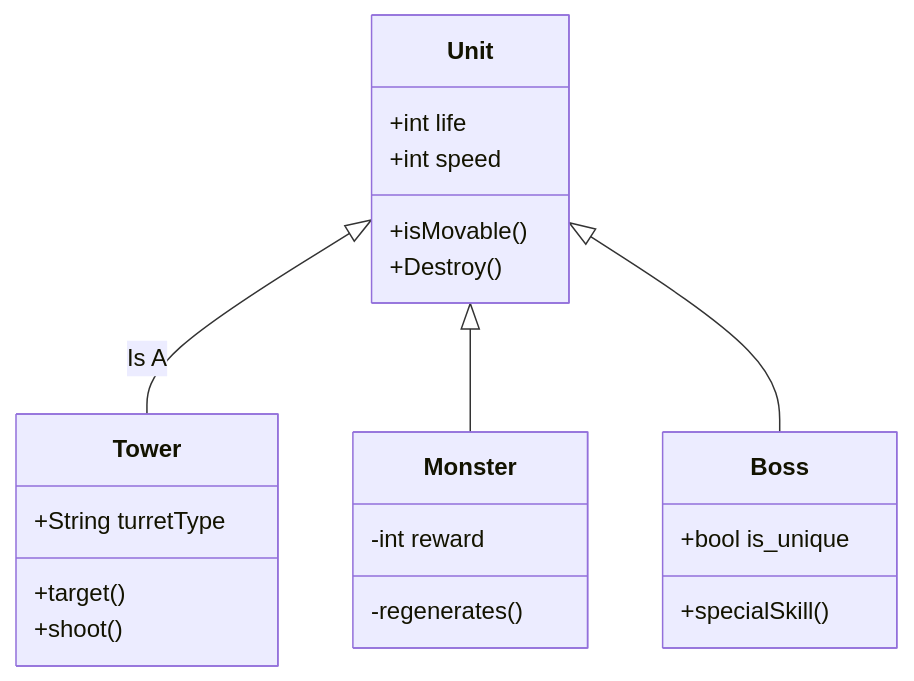
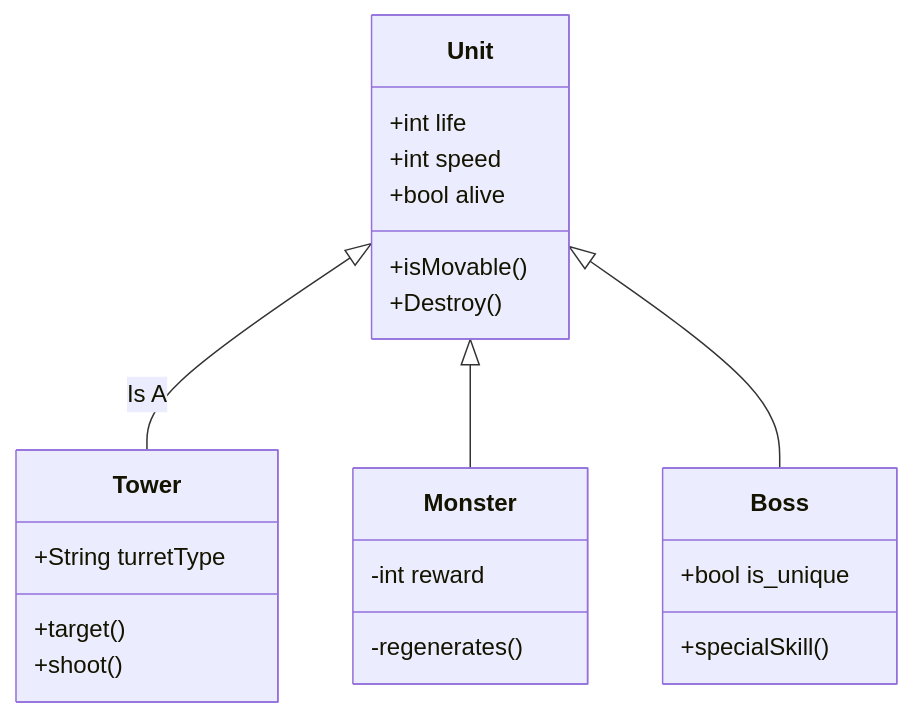
The second of 2 diagrams in README.md (spookyboy2000/SproutScape), drawn with Mermaid before and after one commit.

````diff
--- a/README.md
+++ b/README.md
@@ -63,24 +63,25 @@
 ```mermaid
 classDiagram
 
 Unit <|-- Tower:Is A
 Unit <|-- Monster
 Unit <|-- Boss
 Unit : +int life
 Unit : +int speed
+Unit : +bool alive
 Unit: +isMovable()
 Unit: +Destroy()
 class Tower{
 +String turretType
 +target()
 +shoot()
 }
 class Monster{
 -int reward
 -regenerates()
 }
 class Boss{
 +bool is_unique
 +specialSkill()
 }
 ```
````
